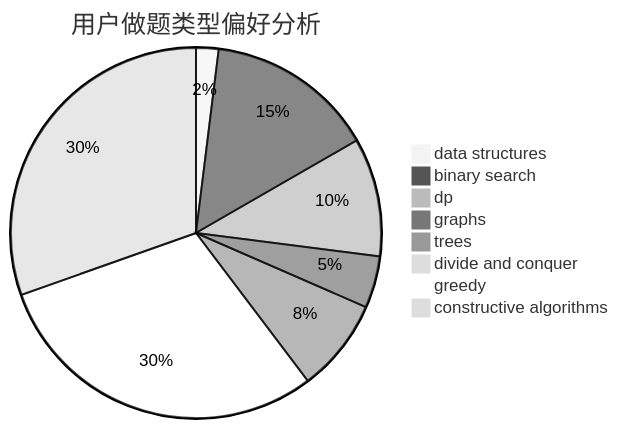
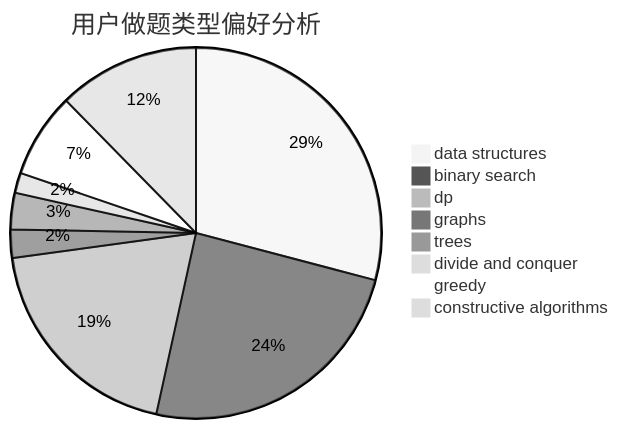
One commit to sherpahu/cfrs.github.io changed the second of 3 diagrams in docs/user/u2270.md. Above: the diagram before and after it, drawn with Mermaid (neutral theme). The commit also changed other lines of this file and 2770 other files, not shown here.

````diff
--- a/docs/user/u2270.md
+++ b/docs/user/u2270.md
@@ -23,11 +23,11 @@
 ```mermaid
 pie title 用户做题类型偏好分析
-    "data structures" :  26
-    "binary search" :  195
-    "dp" :  137
-    "graphs" :  60
-    "trees" :  108
-    "divide and conquer" :  0
-    "greedy" :  396
-    "constructive algorithms" :  403
+    "data structures" :  165
+    "binary search" :  138
+    "dp" :  110
+    "graphs" :  14
+    "trees" :  18
+    "divide and conquer" :  10
+    "greedy" :  42
+    "constructive algorithms" :  70
 ```
````
